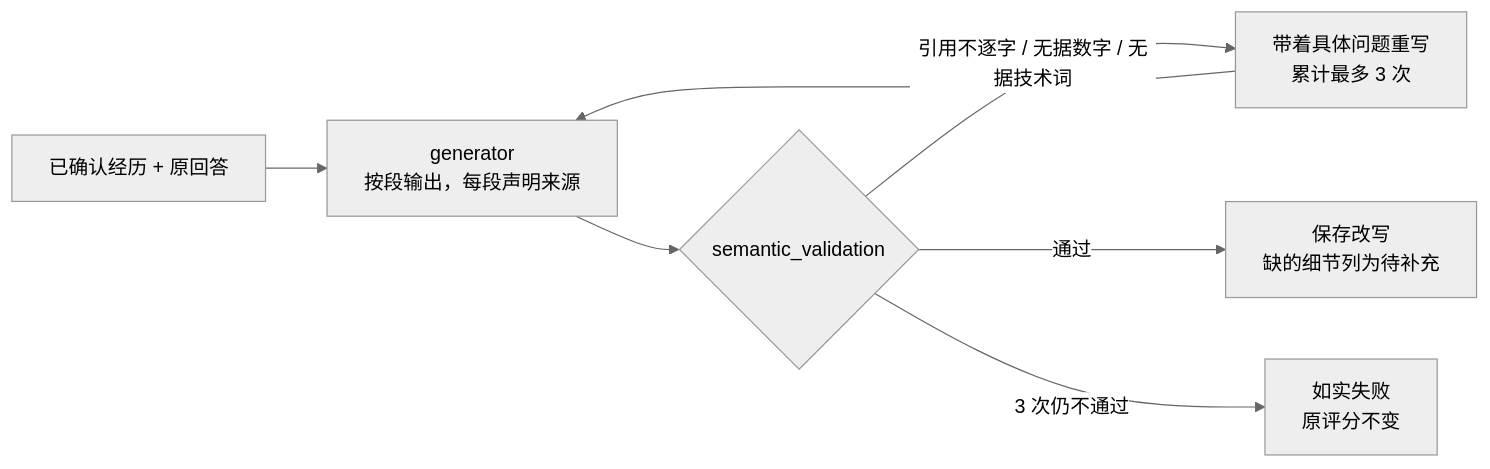
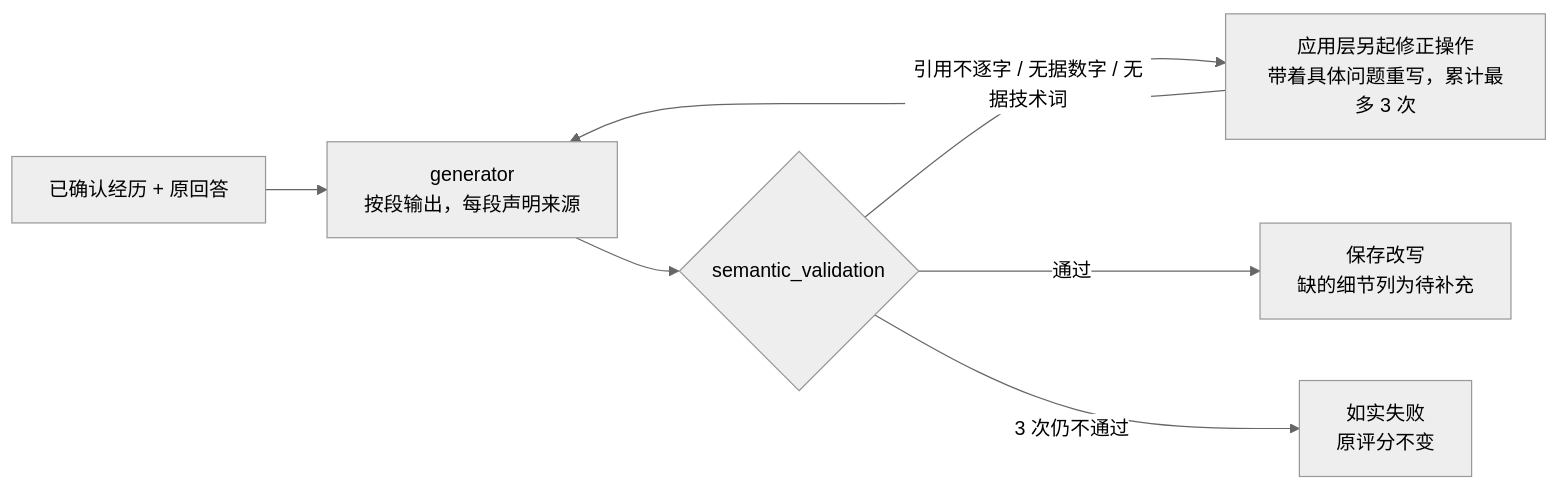
Before and after one commit to hongyue0721/zhijue_face: the third of 4 diagrams in README.md, drawn with Mermaid (neutral theme). The commit also changed other lines of this file and 9 other files, not shown here.

First line of the commit message:
docs: align architecture docs with what the code does

````diff
--- a/README.md
+++ b/README.md
@@ -83,9 +83,9 @@
 ```mermaid
 flowchart LR
   P["已确认经历 + 原回答"] --> G["generator<br/>按段输出，每段声明来源"]
   G --> V{"semantic_validation"}
-  V -- "引用不逐字 / 无据数字 / 无据技术词" --> R["带着具体问题重写<br/>累计最多 3 次"]
+  V -- "引用不逐字 / 无据数字 / 无据技术词" --> R["应用层另起修正操作<br/>带着具体问题重写，累计最多 3 次"]
   R --> G
   V -- 通过 --> S["保存改写<br/>缺的细节列为待补充"]
   V -- 3 次仍不通过 --> X["如实失败<br/>原评分不变"]
 ```
````
